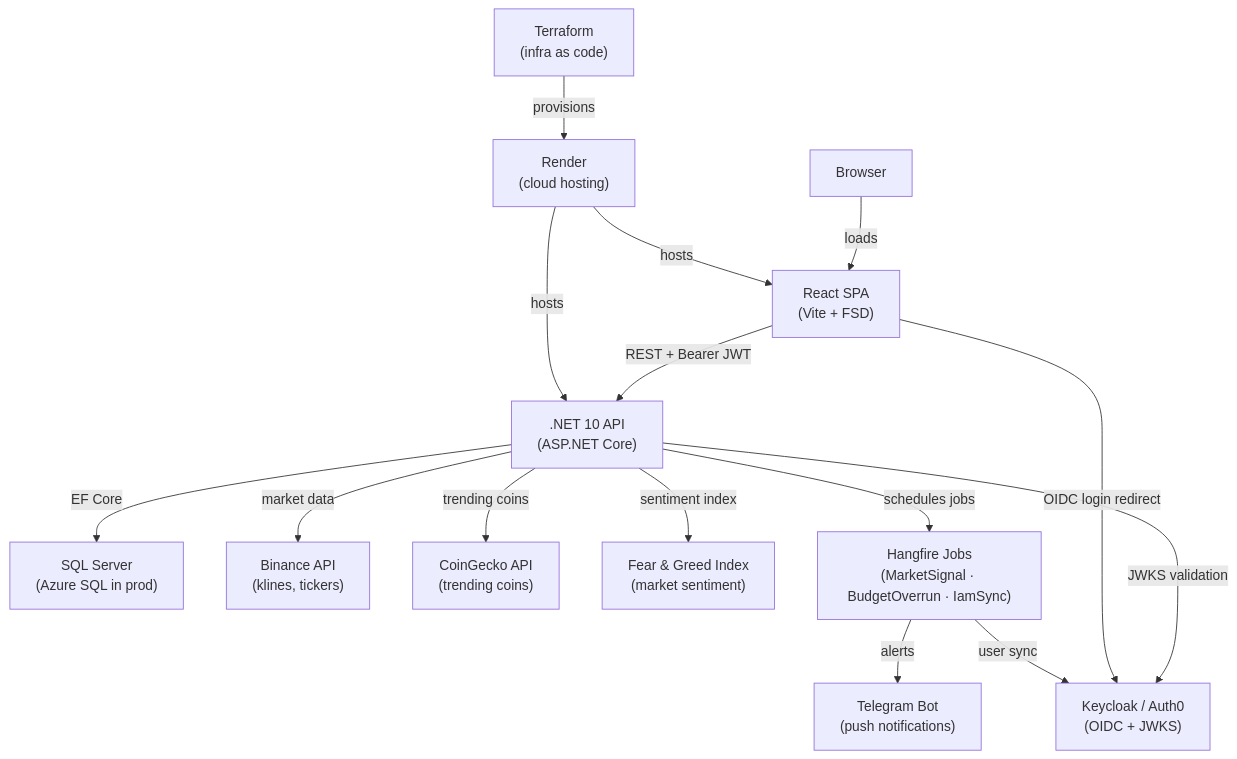
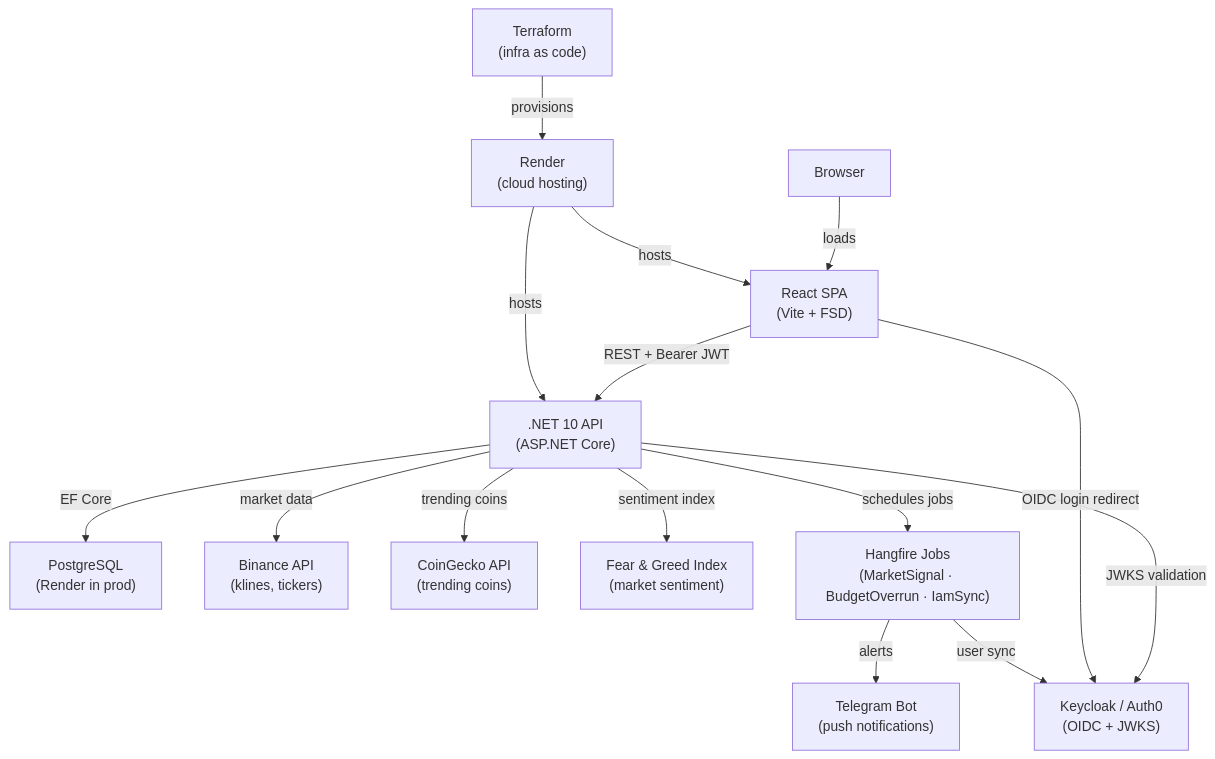
Before and after one commit to KhanhHungVo/FinTrackPro: the diagram in docs/architecture.md, drawn with Mermaid. The commit also changed other lines of this file and 8 other files, not shown here.

First line of the commit message:
docs: migrate Azure SQL references to PostgreSQL

````diff
--- a/docs/architecture.md
+++ b/docs/architecture.md
@@ -19,30 +19,30 @@
 ```mermaid
 graph TD
     Browser["Browser"]
     SPA["React SPA\n(Vite + FSD)"]
     API[".NET 10 API\n(ASP.NET Core)"]
-    DB["SQL Server\n(Azure SQL in prod)"]
+    DB["PostgreSQL\n(Render in prod)"]
     IAM["Keycloak / Auth0\n(OIDC + JWKS)"]
     Binance["Binance API\n(klines, tickers)"]
     CoinGecko["CoinGecko API\n(trending coins)"]
     FearGreed["Fear & Greed Index\n(market sentiment)"]
     Telegram["Telegram Bot\n(push notifications)"]
     Hangfire["Hangfire Jobs\n(MarketSignal · BudgetOverrun · IamSync)"]
     Render["Render\n(cloud hosting)"]
     Terraform["Terraform\n(infra as code)"]
 
     Browser -->|loads| SPA
     SPA -->|"REST + Bearer JWT"| API
     API -->|EF Core| DB
     API -->|"JWKS validation"| IAM
     SPA -->|"OIDC login redirect"| IAM
     API -->|market data| Binance
     API -->|trending coins| CoinGecko
     API -->|sentiment index| FearGreed
     Hangfire -->|alerts| Telegram
     Hangfire -->|user sync| IAM
     API -->|schedules jobs| Hangfire
     Terraform -->|provisions| Render
     Render -->|hosts| API
     Render -->|hosts| SPA
 ```
````
